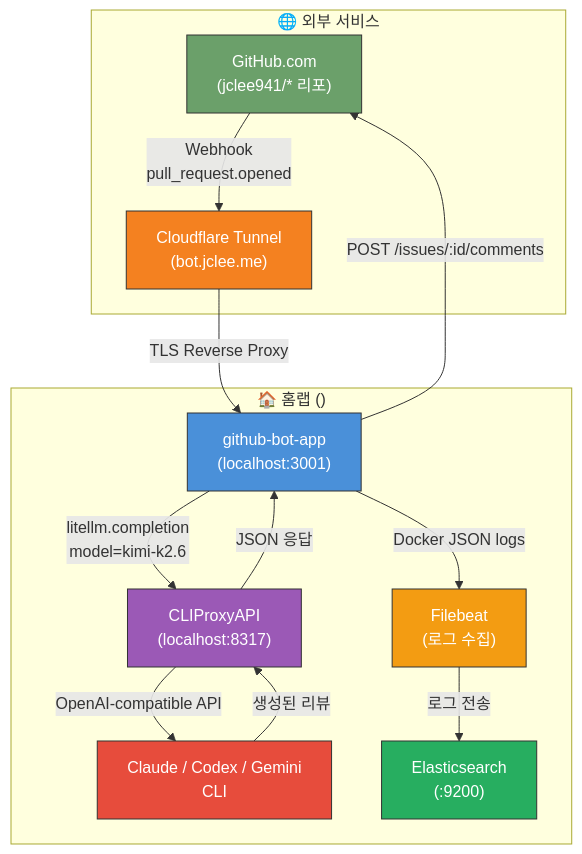
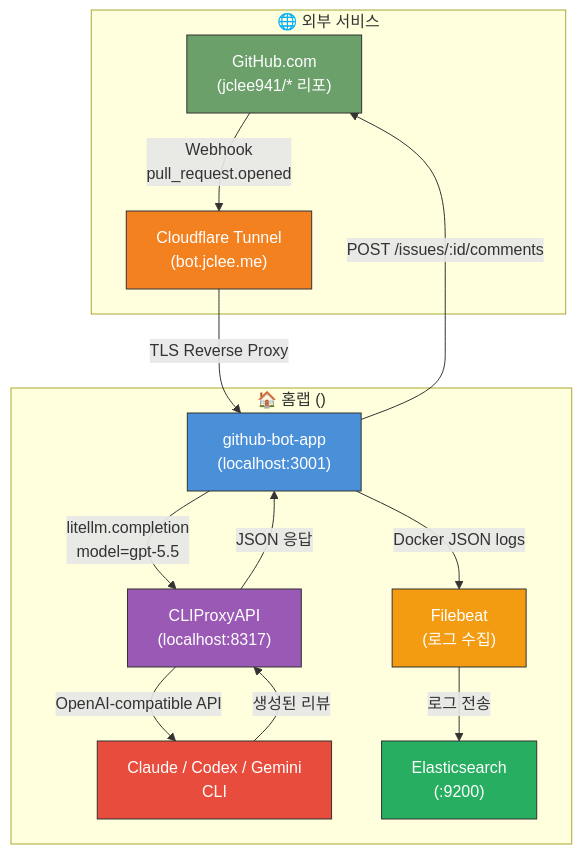
One commit to jclee941/.github changed the first of 10 diagrams in docs/architecture.md. Above: the diagram before and after it, drawn with Mermaid. The commit also changed other lines of this file and 13 other files, not shown here.

First line of the commit message:
fix(model): promote GitHub App primary model kimi-k2.6 -> gpt-5.5

````diff
--- a/docs/architecture.md
+++ b/docs/architecture.md
@@ -10,33 +10,33 @@
 ```mermaid
 flowchart TB
     subgraph 외부_서비스["🌐 외부 서비스"]
         GH["GitHub.com<br/>(jclee941/* 리포)"]
         CF["Cloudflare Tunnel<br/>(bot.jclee.me)"]
     end
 
     subgraph 홈랩["🏠 홈랩 (<homelab-host>)"]
         WEB["github-bot-app<br/>(localhost:3001)"]
         PROXY["CLIProxyAPI<br/>(localhost:8317)"]
         LLM["Claude / Codex / Gemini<br/>CLI"]
         FB["Filebeat<br/>(로그 수집)"]
         ES["Elasticsearch<br/>(<homelab-elk>:9200)"]
     end
 
     GH -->|"Webhook<br/>pull_request.opened"| CF
     CF -->|"TLS Reverse Proxy"| WEB
-    WEB -->|"litellm.completion<br/>model=kimi-k2.6"| PROXY
+    WEB -->|"litellm.completion<br/>model=gpt-5.5"| PROXY
     WEB -->|"Docker JSON logs"| FB
     FB -->|"로그 전송"| ES
     PROXY -->|"OpenAI-compatible API"| LLM
     LLM -->|"생성된 리뷰"| PROXY
     PROXY -->|"JSON 응답"| WEB
     WEB -->|"POST /issues/:id/comments"| GH
 
     style GH fill:#6ba06a,stroke:#333,color:#fff
     style CF fill:#f48120,stroke:#333,color:#fff
     style WEB fill:#4a90d9,stroke:#333,color:#fff
     style PROXY fill:#9b59b6,stroke:#333,color:#fff
     style LLM fill:#e74c3c,stroke:#333,color:#fff
     style FB fill:#f39c12,stroke:#333,color:#fff
     style ES fill:#27ae60,stroke:#333,color:#fff
 ```
````
